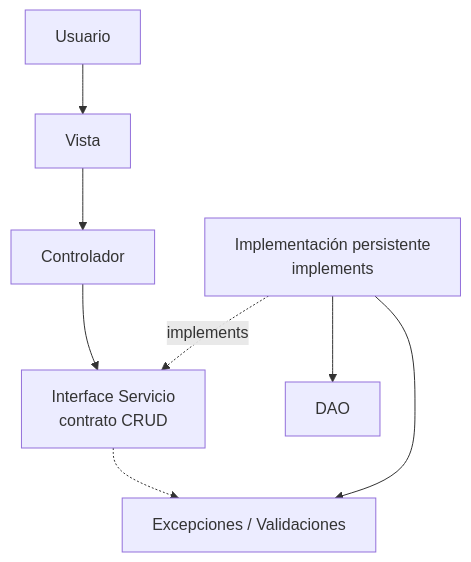
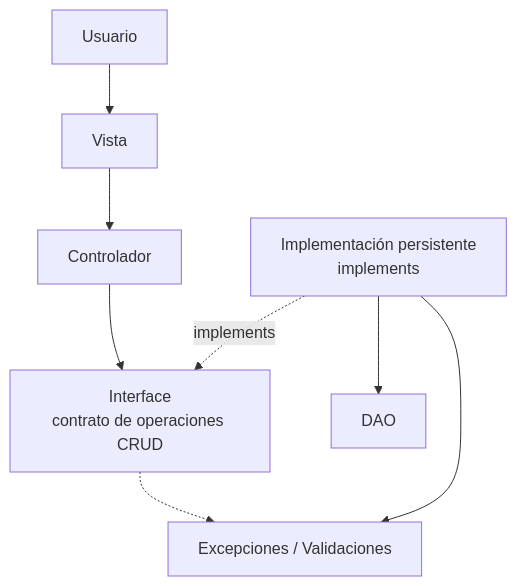
Before and after one commit to 262poo/comarket: the diagram in docs/S11_Validacion_Integracion_Pruebas.md, drawn with Mermaid. The commit also changed 7 other files, not shown here.

````diff
--- a/docs/S11_Validacion_Integracion_Pruebas.md
+++ b/docs/S11_Validacion_Integracion_Pruebas.md
@@ -50,18 +50,18 @@
 ```mermaid
 flowchart TB
     Usuario["Usuario"]
     Vista["Vista"]
     Controlador["Controlador"]
-    Contrato["Interface Servicio<br/>contrato CRUD"]
+    Contrato["Interface<br/>contrato de operaciones CRUD"]
     Servicio["Implementación persistente<br/>implements"]
     Validaciones["Excepciones / Validaciones"]
     DAO["DAO"]
 
     Usuario --> Vista
     Vista --> Controlador
     Controlador --> Contrato
     Servicio -. implements .-> Contrato
     Contrato -.-> Validaciones
     Servicio --> Validaciones
     Servicio --> DAO
 ```
````
